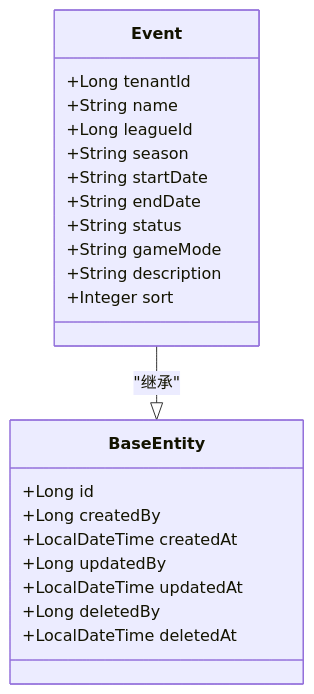
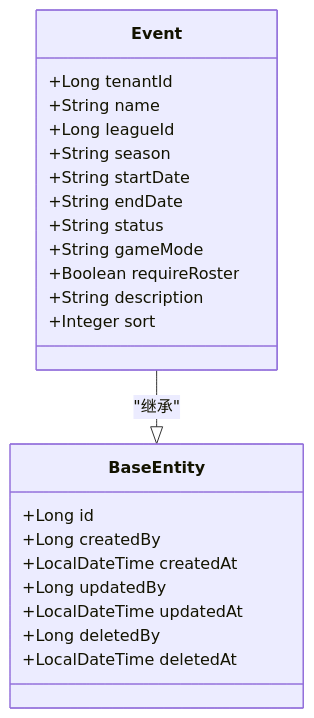
Before and after one commit to skvan/bsdone: the third of 7 diagrams in docs/tech/数据模型设计/核心业务实体/赛事实体(Event).md, drawn with Mermaid. The commit also changed other lines of this file and 46 other files, not shown here.

````diff
--- a/docs/tech/数据模型设计/核心业务实体/赛事实体(Event).md
+++ b/docs/tech/数据模型设计/核心业务实体/赛事实体(Event).md
@@ -80,25 +80,26 @@
 ```mermaid
 classDiagram
 class BaseEntity {
 +Long id
 +Long createdBy
 +LocalDateTime createdAt
 +Long updatedBy
 +LocalDateTime updatedAt
 +Long deletedBy
 +LocalDateTime deletedAt
 }
 class Event {
 +Long tenantId
 +String name
 +Long leagueId
 +String season
 +String startDate
 +String endDate
 +String status
 +String gameMode
++Boolean requireRoster
 +String description
 +Integer sort
 }
 Event --|> BaseEntity : "继承"
 ```
````
